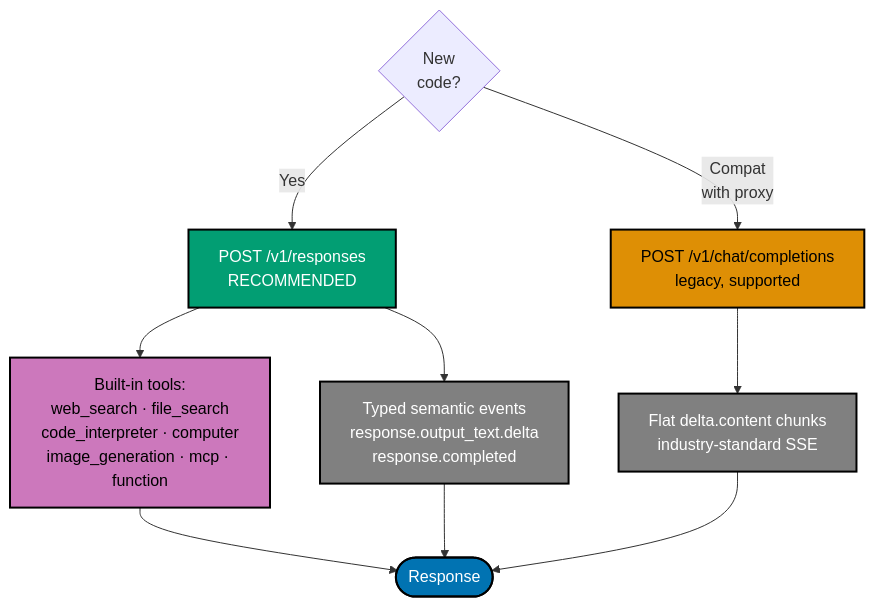
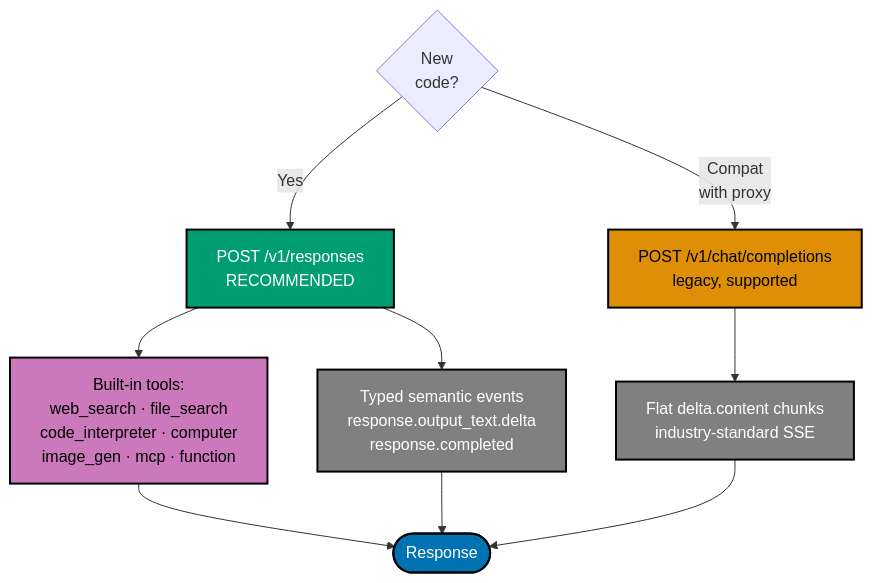
One commit to wahidyankf/ose-primer changed the diagram in docs/explanation/software-engineering/ai-application-development/openai-api.md. Above: the diagram before and after it, drawn with Mermaid. The commit also changed 6 other files, not shown here.

Commit message:
docs: remediate mermaid violations found by broadened validate:mermaid scan

````diff
--- a/docs/explanation/software-engineering/ai-application-development/openai-api.md
+++ b/docs/explanation/software-engineering/ai-application-development/openai-api.md
@@ -369,18 +369,18 @@
 ```mermaid
 %% Color Palette: Blue #0173B2 | Orange #DE8F05 | Teal #029E73 | Purple #CC78BC | Gray #808080 | Brown #CA9161
 flowchart TD
     NEW{New<br/>code?} -->|Yes| RESP[POST /v1/responses<br/>RECOMMENDED]:::yes
     NEW -->|Compat<br/>with proxy| CHAT[POST /v1/chat/completions<br/>legacy, supported]:::legacy
-    RESP --> TOOLS[Built-in tools:<br/>web_search · file_search<br/>code_interpreter · computer<br/>image_generation · mcp · function]:::tools
+    RESP --> TOOLS[Built-in tools:<br/>web_search · file_search<br/>code_interpreter · computer<br/>image_gen · mcp · function]:::tools
     RESP --> SEM[Typed semantic events<br/>response.output_text.delta<br/>response.completed]:::stream
     CHAT --> DELTA[Flat delta.content chunks<br/>industry-standard SSE]:::stream
     TOOLS --> OUT([Response]):::out
     SEM --> OUT
     DELTA --> OUT
 
     classDef yes fill:#029E73,stroke:#000000,color:#FFFFFF,stroke-width:2px
     classDef legacy fill:#DE8F05,stroke:#000000,color:#000000,stroke-width:2px
     classDef tools fill:#CC78BC,stroke:#000000,color:#000000,stroke-width:2px
     classDef stream fill:#808080,stroke:#000000,color:#FFFFFF,stroke-width:2px
     classDef out fill:#0173B2,stroke:#000000,color:#FFFFFF,stroke-width:2px
 ```
````
